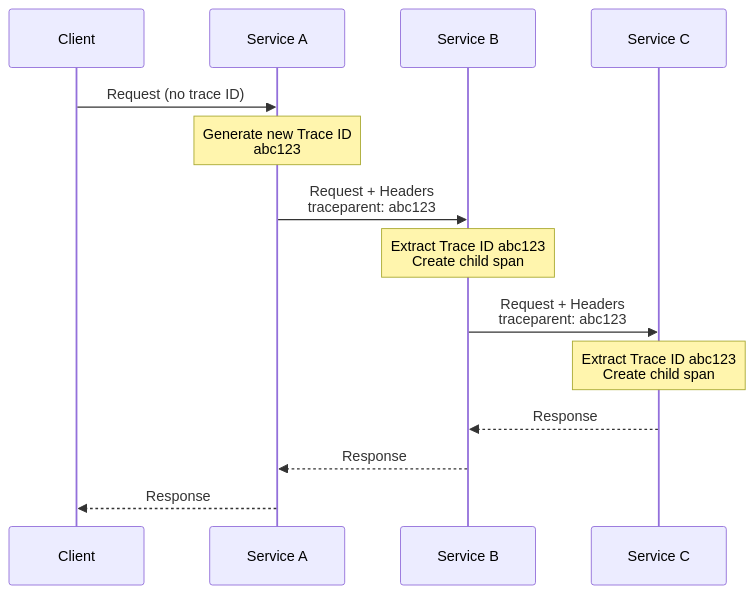
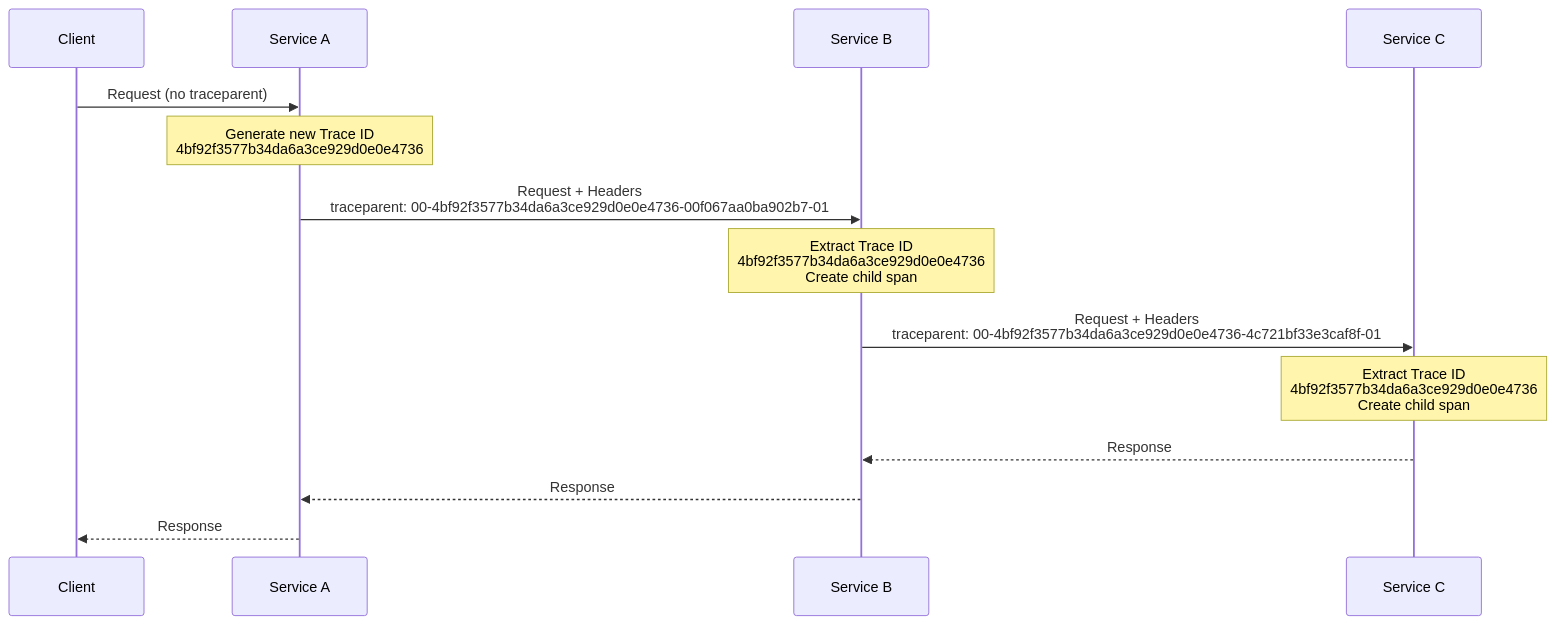
The first of 4 diagrams in posts/2026-01-24-opentelemetry-missing-trace-id/README.md (OneUptime/blog), drawn with Mermaid before and after one commit. The commit also changed other lines of this file and 1 other file, not shown here.

Commit message:
validate: 2026-01-24-opentelemetry-missing-trace-id

````diff
--- a/posts/2026-01-24-opentelemetry-missing-trace-id/README.md
+++ b/posts/2026-01-24-opentelemetry-missing-trace-id/README.md
@@ -17,17 +17,17 @@
 ```mermaid
 sequenceDiagram
     participant Client
     participant Service A
     participant Service B
     participant Service C
 
-    Client->>Service A: Request (no trace ID)
-    Note over Service A: Generate new Trace ID<br/>abc123
-    Service A->>Service B: Request + Headers<br/>traceparent: abc123
-    Note over Service B: Extract Trace ID abc123<br/>Create child span
-    Service B->>Service C: Request + Headers<br/>traceparent: abc123
-    Note over Service C: Extract Trace ID abc123<br/>Create child span
+    Client->>Service A: Request (no traceparent)
+    Note over Service A: Generate new Trace ID<br/>4bf92f3577b34da6a3ce929d0e0e4736
+    Service A->>Service B: Request + Headers<br/>traceparent: 00-4bf92f3577b34da6a3ce929d0e0e4736-00f067aa0ba902b7-01
+    Note over Service B: Extract Trace ID<br/>4bf92f3577b34da6a3ce929d0e0e4736<br/>Create child span
+    Service B->>Service C: Request + Headers<br/>traceparent: 00-4bf92f3577b34da6a3ce929d0e0e4736-4c721bf33e3caf8f-01
+    Note over Service C: Extract Trace ID<br/>4bf92f3577b34da6a3ce929d0e0e4736<br/>Create child span
     Service C-->>Service B: Response
     Service B-->>Service A: Response
     Service A-->>Client: Response
 ```
````
